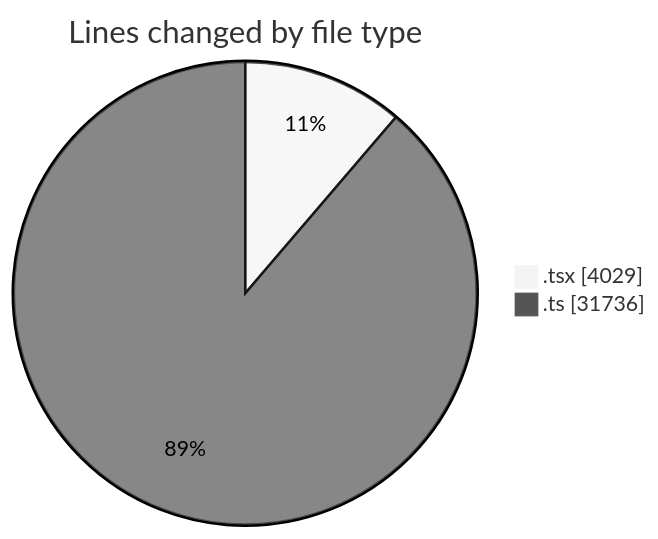
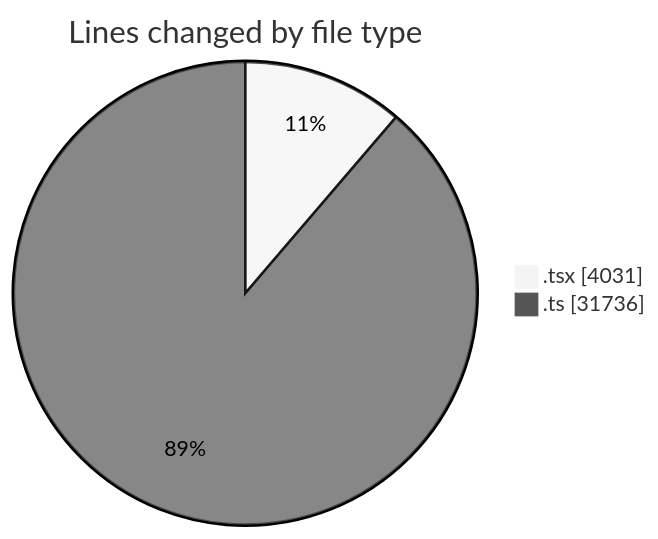
The first of 2 diagrams in 2025-07-07/cda/README.md (momahboobian/code-tracking), drawn with Mermaid (neutral theme) before and after one commit. The commit also changed other lines of this file and 1 other file, not shown here.

````diff
--- a/2025-07-07/cda/README.md
+++ b/2025-07-07/cda/README.md
@@ -28,6 +28,6 @@
 ```mermaid
 pie showData
 title Lines changed by file type
-".tsx" : 4029
+".tsx" : 4031
 ".ts" : 31736
 ```
````
